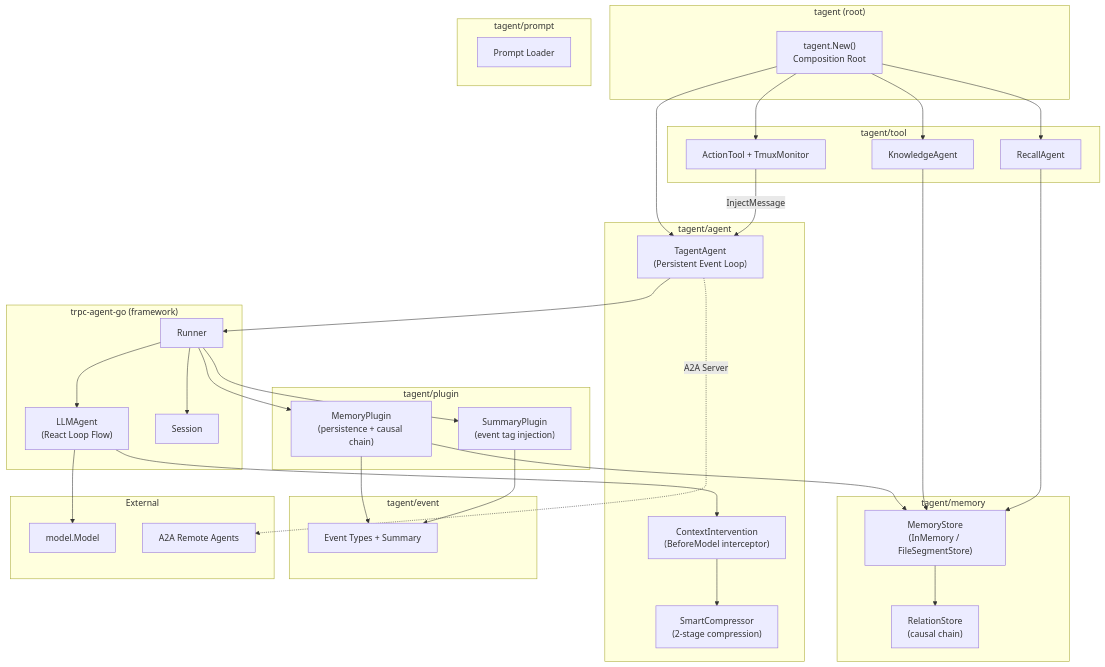
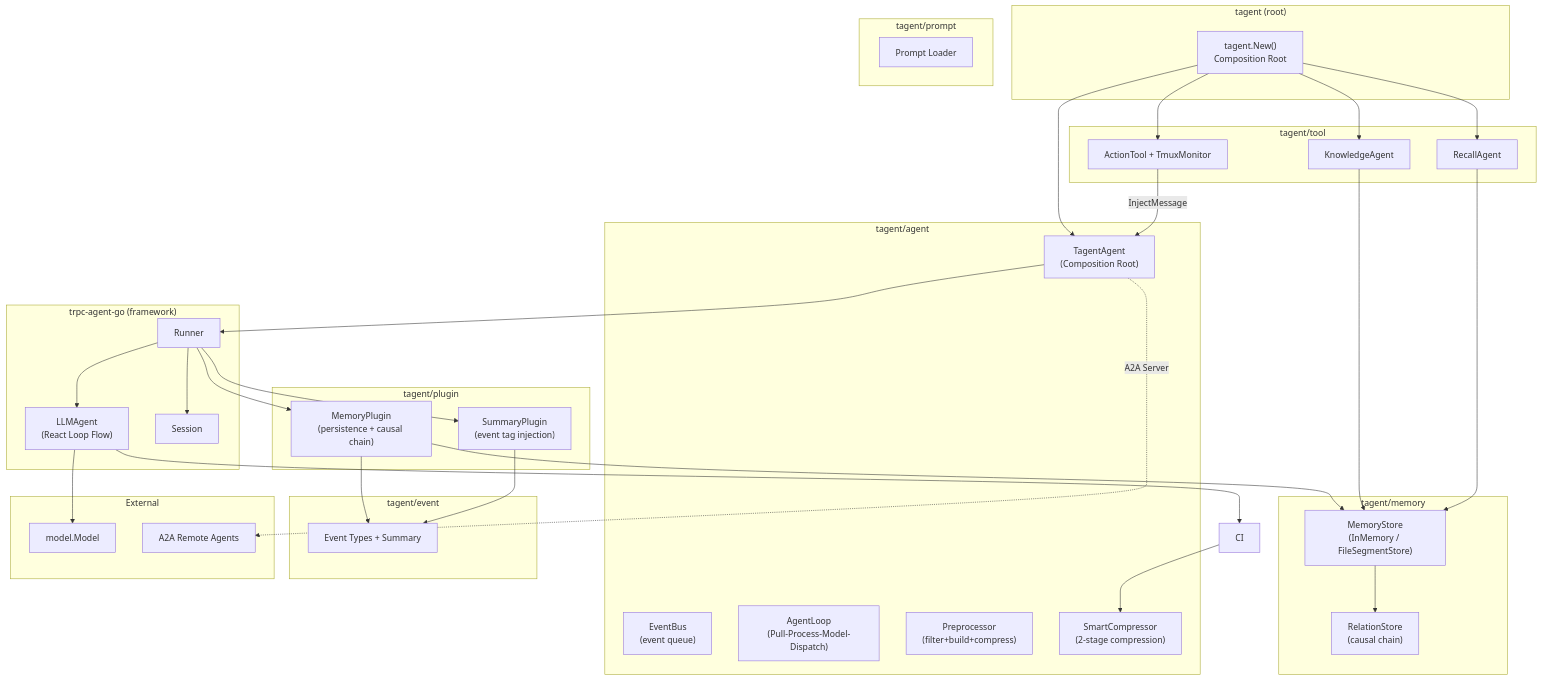
The second of 8 diagrams in README_EN.md (SpellingDragon/tagent), drawn with Mermaid before and after one commit. The commit also changed other lines of this file and 8 other files, not shown here.

First line of the commit message:
docs: align wiki and README with event-driven architecture

````diff
--- a/README_EN.md
+++ b/README_EN.md
@@ -111,73 +111,75 @@
 ```mermaid
 graph TB
     subgraph "tagent (root)"
         NEW["tagent.New()<br/>Composition Root"]
     end
 
     subgraph "tagent/agent"
-        TA["TagentAgent<br/>(Persistent Event Loop)"]
-        CI["ContextIntervention<br/>(BeforeModel interceptor)"]
+        TA["TagentAgent<br/>(Composition Root)"]
+        EB["EventBus<br/>(event queue)"]
+        AL["AgentLoop<br/>(Pull-Process-Model-Dispatch)"]
+        PP["Preprocessor<br/>(filter+build+compress)"]
         SC["SmartCompressor<br/>(2-stage compression)"]
     end
 
     subgraph "tagent/plugin"
         MP["MemoryPlugin<br/>(persistence + causal chain)"]
         SP["SummaryPlugin<br/>(event tag injection)"]
     end
 
     subgraph "tagent/memory"
         MS["MemoryStore<br/>(InMemory / FileSegmentStore)"]
         RS["RelationStore<br/>(causal chain)"]
     end
 
     subgraph "tagent/tool"
         KA["KnowledgeAgent"]
         RA["RecallAgent"]
         CT["ActionTool + TmuxMonitor"]
     end
 
     subgraph "tagent/event"
         ET["Event Types + Summary"]
     end
 
     subgraph "tagent/prompt"
         PL["Prompt Loader"]
     end
 
     subgraph "trpc-agent-go (framework)"
         RUN["Runner"]
         LLMA["LLMAgent<br/>(React Loop Flow)"]
         SESS["Session"]
     end
 
     subgraph "External"
         LLM["model.Model"]
         A2A["A2A Remote Agents"]
     end
 
     NEW --> TA
     NEW --> KA
     NEW --> RA
     NEW --> CT
 
     TA --> RUN
     RUN --> LLMA
     RUN --> SESS
     RUN --> MP
     RUN --> SP
 
     LLMA --> CI
     CI --> SC
     LLMA --> LLM
 
     MP --> MS
     MP --> ET
     SP --> ET
     MS --> RS
 
     KA --> MS
     RA --> MS
     CT -->|InjectMessage| TA
 
     TA -.->|A2A Server| A2A
 ```
````
